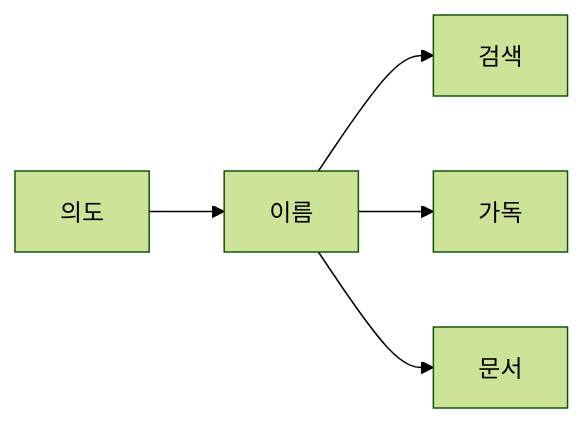
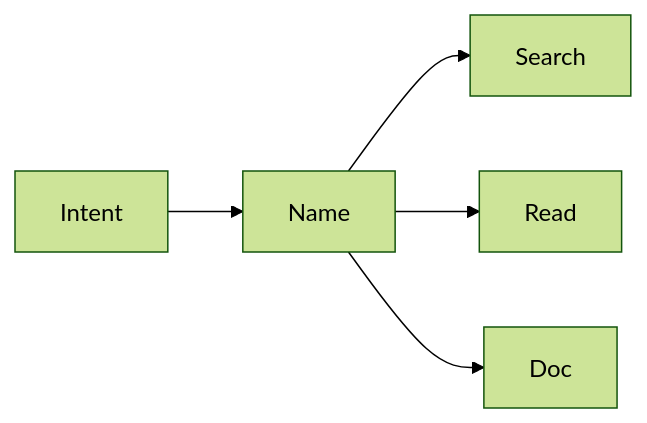
Before and after one commit to yeongseon-books/book-content: the diagram in content/clean-code-101/ko/02-naming.md, drawn with Mermaid (forest theme). The commit also changed other lines of this file and 9 other files, not shown here.

````diff
--- a/content/clean-code-101/ko/02-naming.md
+++ b/content/clean-code-101/ko/02-naming.md
@@ -40,7 +46,7 @@
 ```mermaid
 flowchart LR
-    I["의도"] --> N["이름"]
-    N --> S["검색"]
-    N --> R["가독"]
-    N --> D["문서"]
+    I["Intent"] --> N["Name"]
+    N --> S["Search"]
+    N --> R["Read"]
+    N --> D["Doc"]
 ```
````
